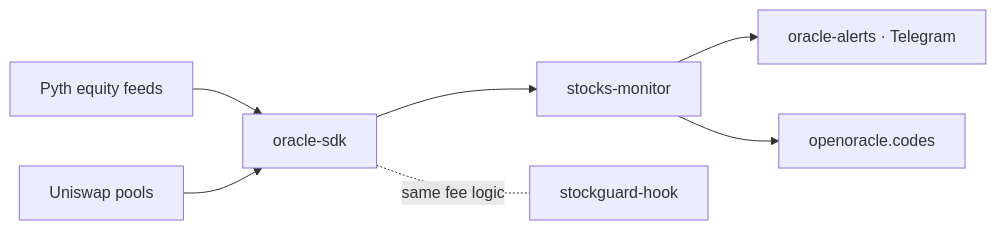
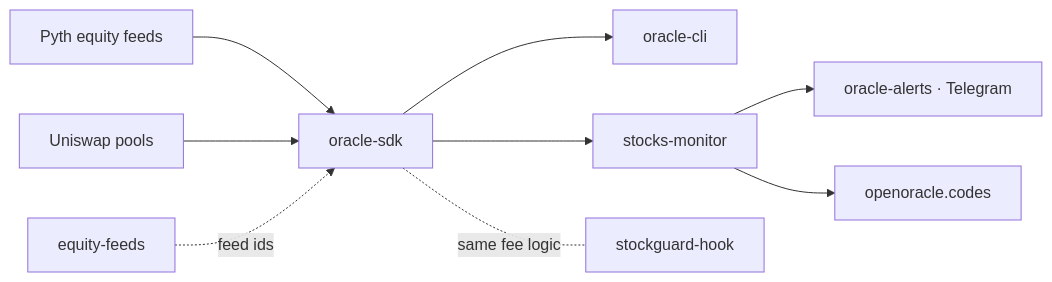
Before and after one commit to openoracle-evm/openoracle-evm: the diagram in README.md, drawn with Mermaid. The commit also changed other lines of this file, not shown here.

````diff
--- a/README.md
+++ b/README.md
@@ -22,9 +27,11 @@
 ```mermaid
 flowchart LR
   P[Pyth equity feeds] --> SDK[oracle-sdk]
   U[Uniswap pools] --> SDK
+  F[equity-feeds] -. feed ids .-> SDK
+  SDK --> C[oracle-cli]
   SDK --> M[stocks-monitor]
   M --> A[oracle-alerts · Telegram]
   M --> W[openoracle.codes]
   SDK -. same fee logic .- H[stockguard-hook]
 ```
````
